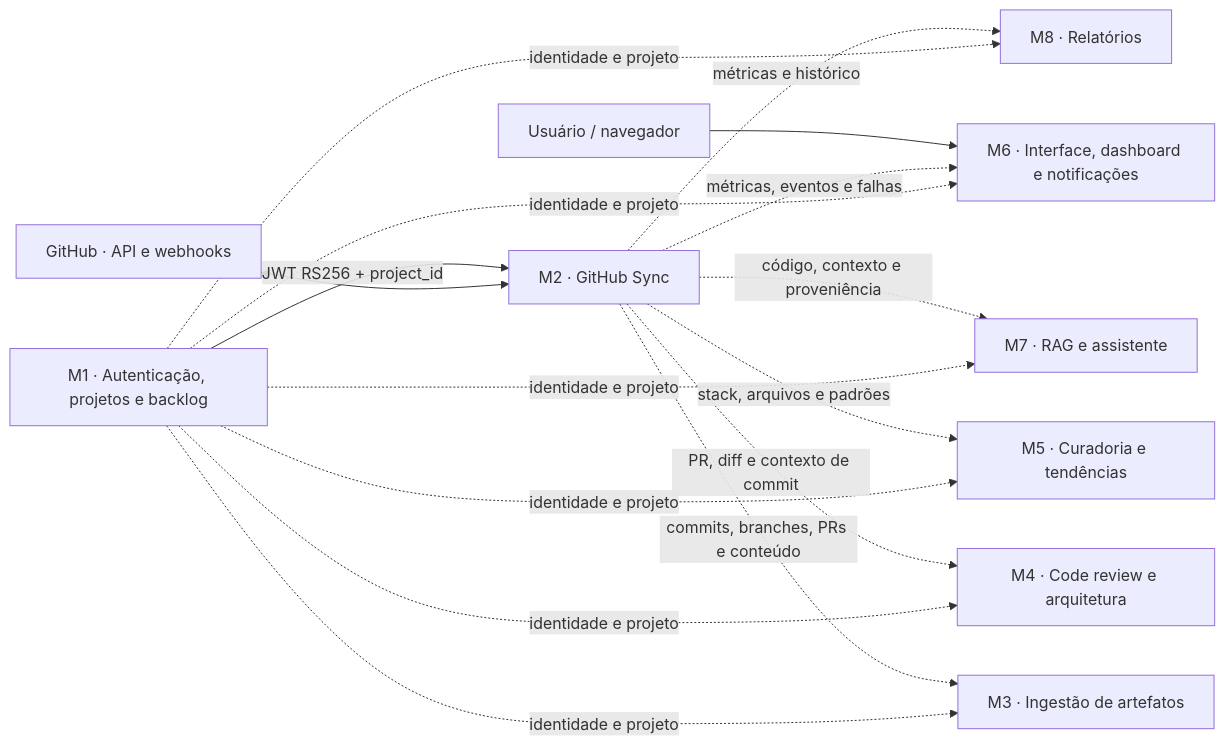
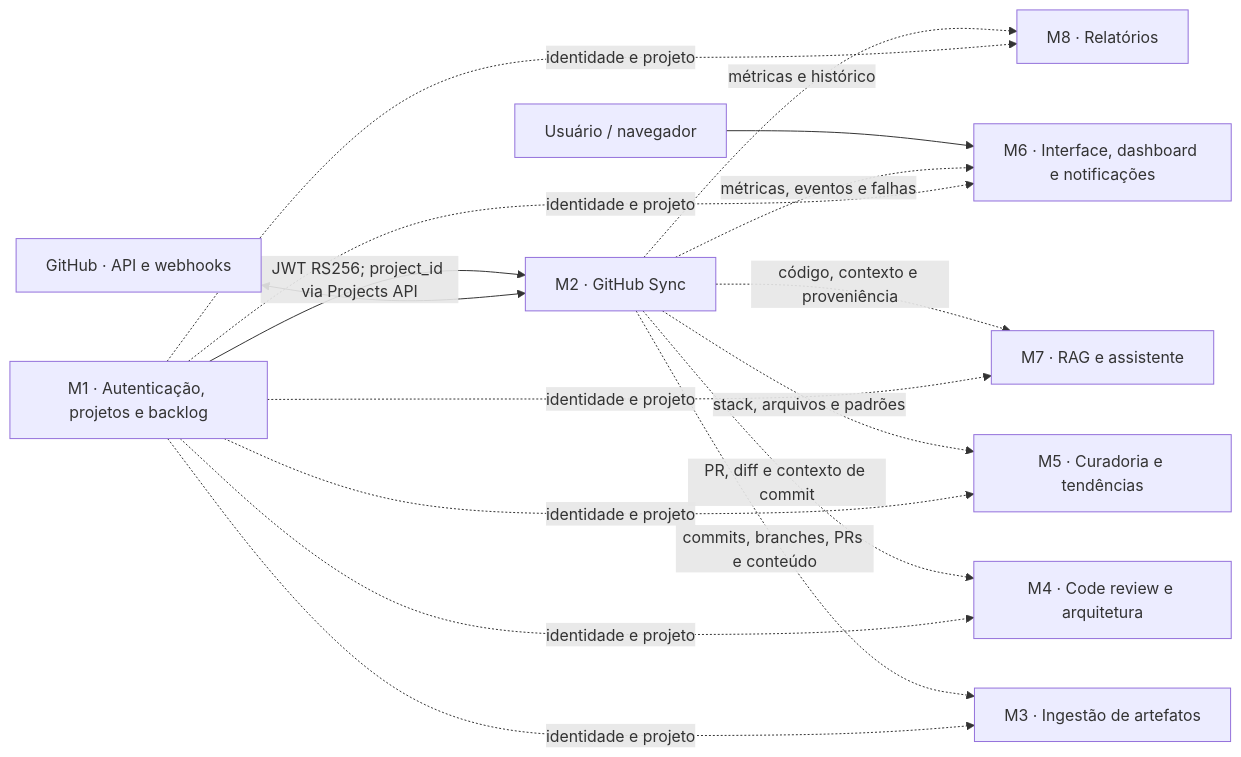
Before and after one commit to EduardoFdeM/ai-platform-github-service: the first of 2 diagrams in docs/p9-architecture-miro.md, drawn with Mermaid. The commit also changed other lines of this file and 1 other file, not shown here.

Commit message:
fix(p9): align diagram with implemented architecture

````diff
--- a/docs/p9-architecture-miro.md
+++ b/docs/p9-architecture-miro.md
@@ -40,20 +40,20 @@
 ```mermaid
 flowchart LR
     User[Usuário / navegador] --> M6[M6 · Interface, dashboard e notificações]
-    M1[M1 · Autenticação, projetos e backlog] -->|JWT RS256 + project_id| M2[M2 · GitHub Sync]
+    M1[M1 · Autenticação, projetos e backlog] -->|JWT RS256; project_id via Projects API| M2[M2 · GitHub Sync]
     GitHub[GitHub · API e webhooks] <--> M2
 
     M2 -. commits, branches, PRs e conteúdo .-> M3[M3 · Ingestão de artefatos]
     M2 -. PR, diff e contexto de commit .-> M4[M4 · Code review e arquitetura]
     M2 -. stack, arquivos e padrões .-> M5[M5 · Curadoria e tendências]
     M2 -. métricas, eventos e falhas .-> M6
     M2 -. código, contexto e proveniência .-> M7[M7 · RAG e assistente]
     M2 -. métricas e histórico .-> M8[M8 · Relatórios]
 
     M1 -. identidade e projeto .-> M3
     M1 -. identidade e projeto .-> M4
     M1 -. identidade e projeto .-> M5
     M1 -. identidade e projeto .-> M6
     M1 -. identidade e projeto .-> M7
     M1 -. identidade e projeto .-> M8
 ```
````
